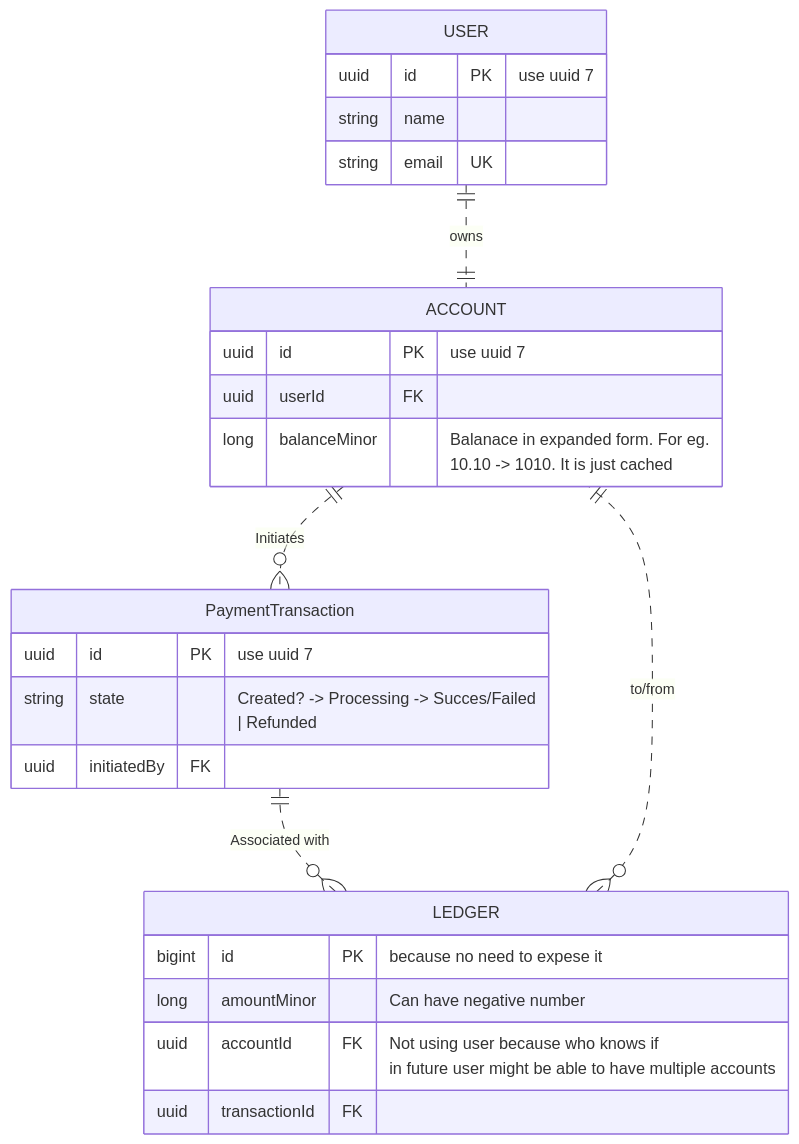
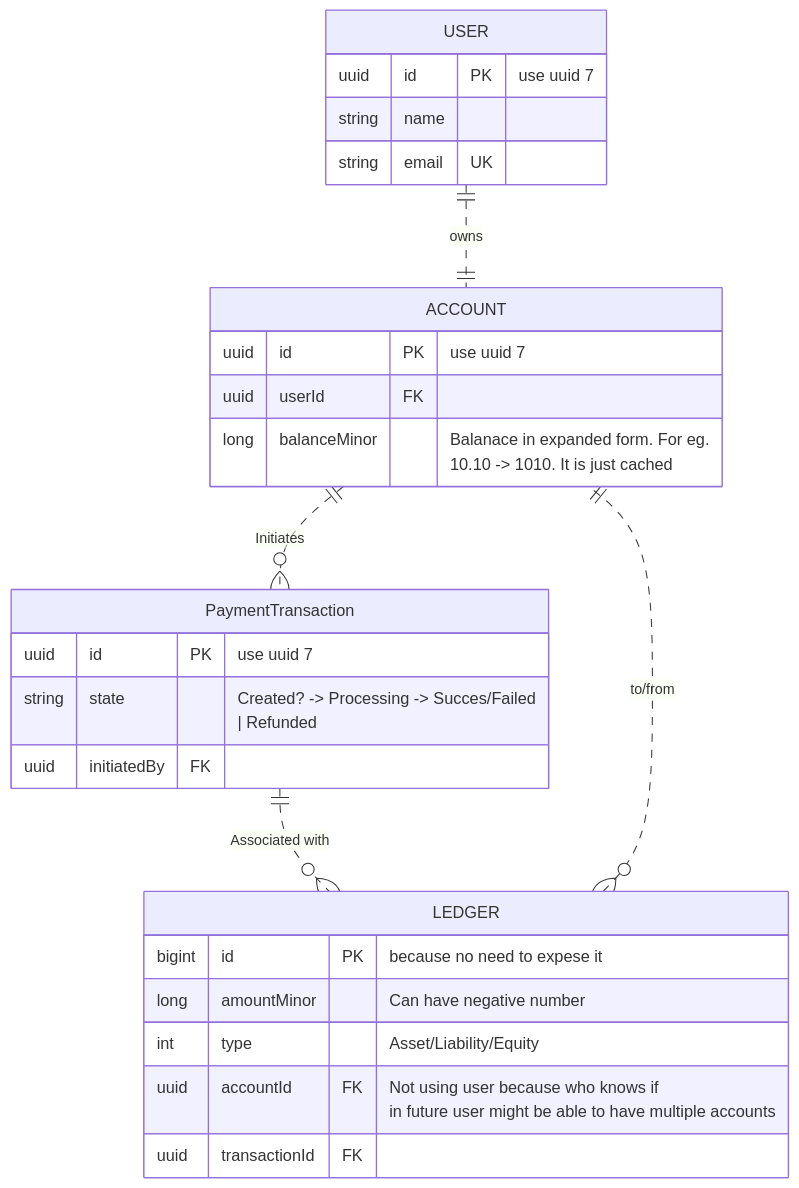
Before and after one commit to hamburg1r/LedgerFlow: the diagram in docs/ERDiagram.md, drawn with Mermaid.

Commit message:
fixup! Added ERDiagram and README

````diff
--- a/docs/ERDiagram.md
+++ b/docs/ERDiagram.md
@@ -2,41 +2,41 @@
 ```mermaid
 erDiagram
 
 USER {
     uuid id PK "use uuid 7"
     string name
     string email UK
 }
 
 ACCOUNT {
     uuid id PK "use uuid 7"
     uuid userId FK
     long balanceMinor "Balanace in expanded form. For eg.
     10.10 -> 1010. It is just cached"
 }
 
 LEDGER {
     bigint id PK "because no need to expese it"
     long amountMinor "Can have negative number"
-    %% string type "Enum for debit/credit"
+    int type "Asset/Liability/Equity"
     uuid accountId FK "Not using user because who knows if
     in future user might be able to have multiple accounts"
     uuid transactionId FK
 }
 
 PaymentTransaction {
     uuid id PK "use uuid 7"
     string state "Created? -> Processing -> Succes/Failed
     | Refunded"
     uuid initiatedBy FK
 }
 
 %% For now its 1:1 but later it'll be 1:M
 USER||..||ACCOUNT: owns
 LEDGER}o..||ACCOUNT: "to/from"
 %% TODO: For now ledger will always be associated with
 %% PaymentTransaction but after reconciliation is
 %% implemented it'll be |o instead
 PaymentTransaction||..o{LEDGER: "Associated with"
 ACCOUNT||..o{PaymentTransaction: Initiates
 ```
````
